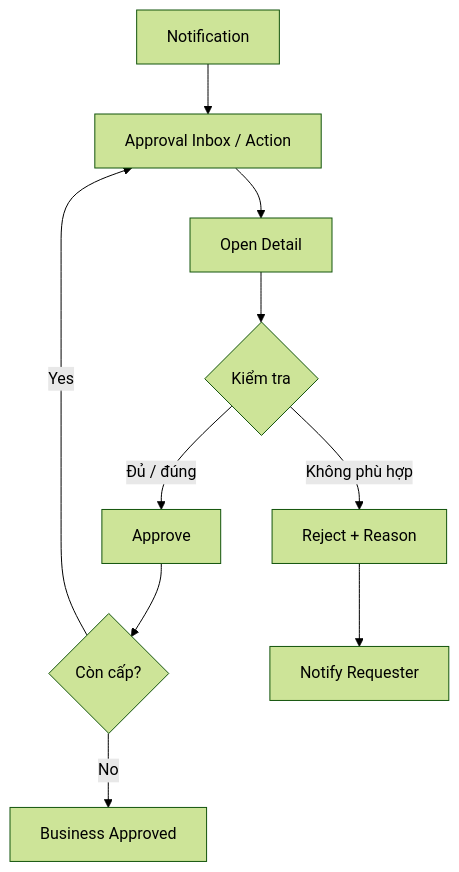
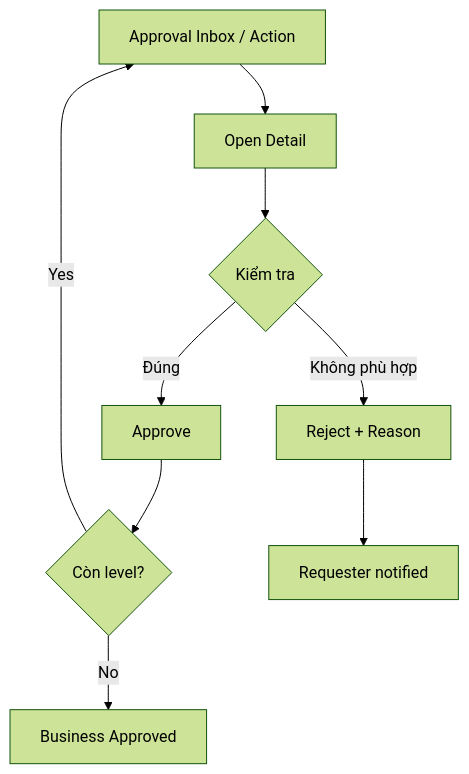
Before and after one commit to Nang0559/Reggister: the second of 3 diagrams in MÔ HÌNH/DOCUMENTATION/04_USER_GUIDE.md, drawn with Mermaid (forest theme). The commit also changed other lines of this file and 256 other files, not shown here.

````diff
--- a/MÔ HÌNH/DOCUMENTATION/04_USER_GUIDE.md
+++ b/MÔ HÌNH/DOCUMENTATION/04_USER_GUIDE.md
@@ -83,12 +46,11 @@
 ```mermaid
 flowchart TD
-    N[Notification] --> I[Approval Inbox / Action]
-    I --> D[Open Detail]
+    I[Approval Inbox / Action] --> D[Open Detail]
     D --> C{Kiểm tra}
-    C -->|Đủ / đúng| A[Approve]
+    C -->|Đúng| A[Approve]
     C -->|Không phù hợp| R[Reject + Reason]
-    A --> NEXT{Còn cấp?}
-    NEXT -->|Yes| I
-    NEXT -->|No| OK[Business Approved]
-    R --> USER[Notify Requester]
+    A --> N{Còn level?}
+    N -->|Yes| I
+    N -->|No| OK[Business Approved]
+    R --> U[Requester notified]
 ```
````
